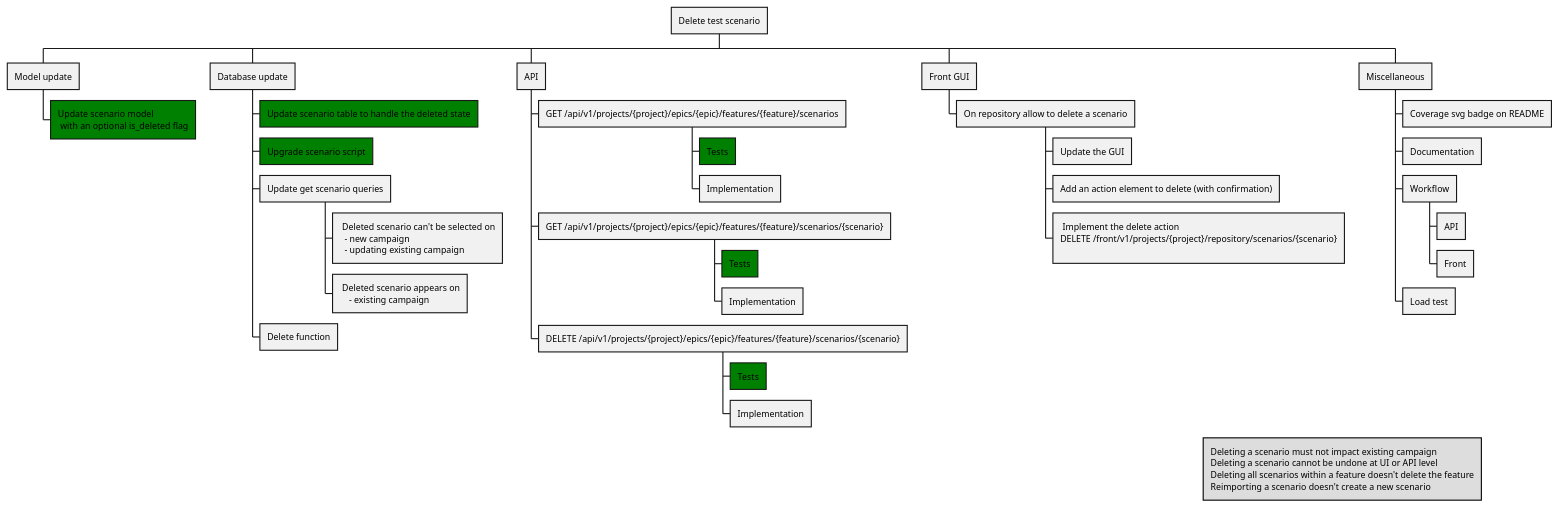
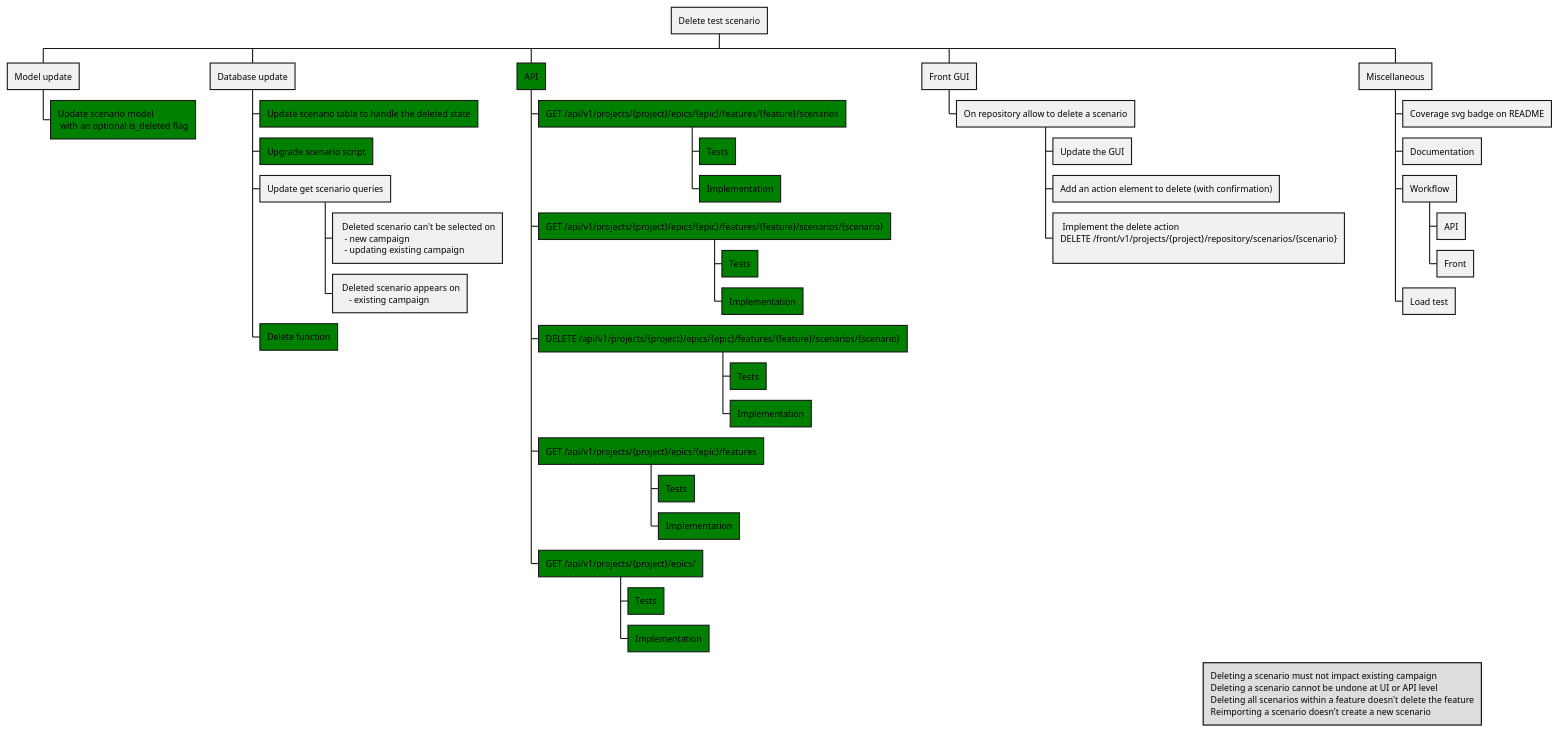
One commit to Hidden-goblin/eaidashboard changed the diagram in documentation/worklog/delete_test_scenario.puml. Above: the diagram before and after it, drawn with PlantUML. The commit also changed 12 other files, not shown here.

```diff
--- a/documentation/worklog/delete_test_scenario.puml
+++ b/documentation/worklog/delete_test_scenario.puml
@@ -1,50 +1,56 @@
 @startwbs
 'https://plantuml.com/wbs-diagram
 'https://github.com/Hidden-goblin/eaidashboard/issues/6
 
 * Delete test scenario
 ** Model update
 ***[#green] Update scenario model\n with an optional is_deleted flag
 ** Database update
 ***[#green] Update scenario table to handle the deleted state
 ***[#green] Upgrade scenario script
 *** Update get scenario queries
 ****: Deleted scenario can't be selected on
   - new campaign
   - updating existing campaign;
 ****: Deleted scenario appears on
     - existing campaign;
-*** Delete function
-** API
-*** GET /api/v1/projects/{project}/epics/{epic}/features/{feature}/scenarios
+***[#green] Delete function
+**[#green] API
+***[#green] GET /api/v1/projects/{project}/epics/{epic}/features/{feature}/scenarios
 ****[#green] Tests
-**** Implementation
-*** GET /api/v1/projects/{project}/epics/{epic}/features/{feature}/scenarios/{scenario}
+****[#green] Implementation
+***[#green] GET /api/v1/projects/{project}/epics/{epic}/features/{feature}/scenarios/{scenario}
 ****[#green] Tests
-**** Implementation
-*** DELETE  /api/v1/projects/{project}/epics/{epic}/features/{feature}/scenarios/{scenario}
+****[#green]  Implementation
+***[#green] DELETE  /api/v1/projects/{project}/epics/{epic}/features/{feature}/scenarios/{scenario}
 ****[#green] Tests
-**** Implementation
+****[#green] Implementation
+***[#green] GET /api/v1/projects/{project}/epics/{epic}/features
+****[#green] Tests
+****[#green]  Implementation
+***[#green] GET /api/v1/projects/{project}/epics/
+****[#green]  Tests
+****[#green]  Implementation
 ** Front GUI
 *** On repository allow to delete a scenario
 **** Update the GUI
 **** Add an action element to delete (with confirmation)
 ****: Implement the delete action
 DELETE /front/v1/projects/{project}/repository/scenarios/{scenario}
 ;
 ** Miscellaneous
 *** Coverage svg badge on README
 *** Documentation
 *** Workflow
 **** API
 **** Front
 *** Load test
 
 legend right
    Deleting a scenario must not impact existing campaign
    Deleting a scenario cannot be undone at UI or API level
    Deleting all scenarios within a feature doesn't delete the feature
    Reimporting a scenario doesn't create a new scenario
 endlegend
 
 @endwbs
```
